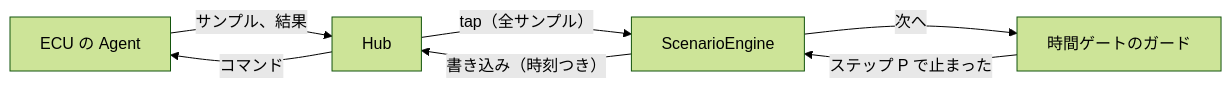
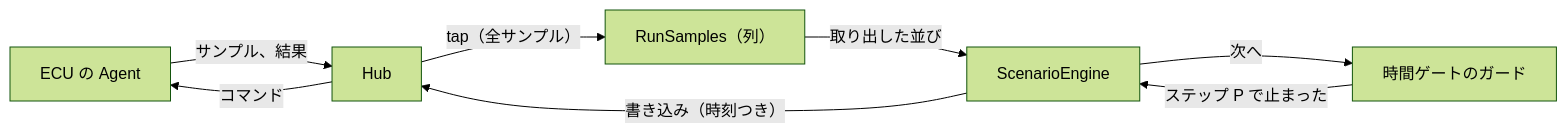
One commit to rahanahu/vehicle-sil changed the fifth of 5 diagrams in docs/internals/control.md. Above: the diagram before and after it, drawn with Mermaid (forest theme). The commit also changed other lines of this file and 122 other files, not shown here.

````diff
--- a/docs/internals/control.md
+++ b/docs/internals/control.md
@@ -214,9 +234,10 @@
 ```mermaid
 flowchart LR
     ecu["ECU の Agent"] -- "サンプル、結果" --> hub["Hub"]
-    hub -- "tap（全サンプル）" --> engine["ScenarioEngine"]
+    hub -- "tap（全サンプル）" --> samples["RunSamples（列）"]
+    samples -- "取り出した並び" --> engine["ScenarioEngine"]
     engine -- "書き込み（時刻つき）" --> hub
     hub -- "コマンド" --> ecu
     gate["時間ゲートのガード"] -- "ステップ P で止まった" --> engine
     engine -- "次へ" --> gate
 ```
````
